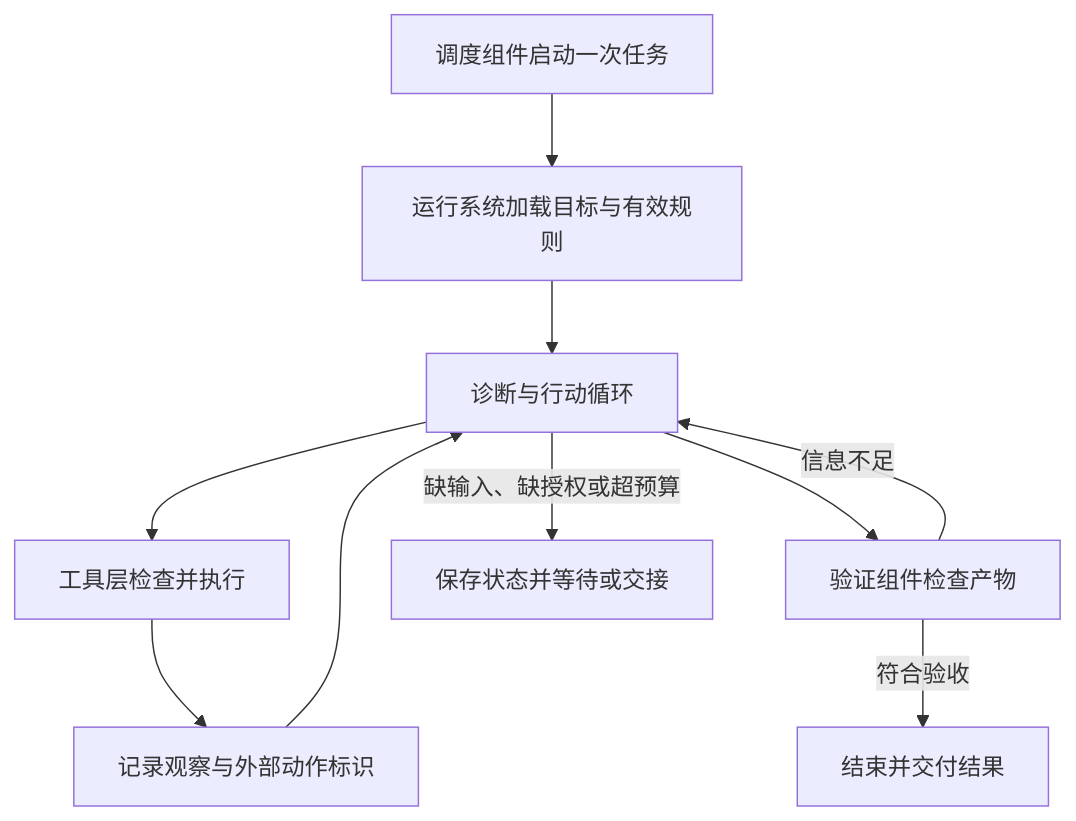
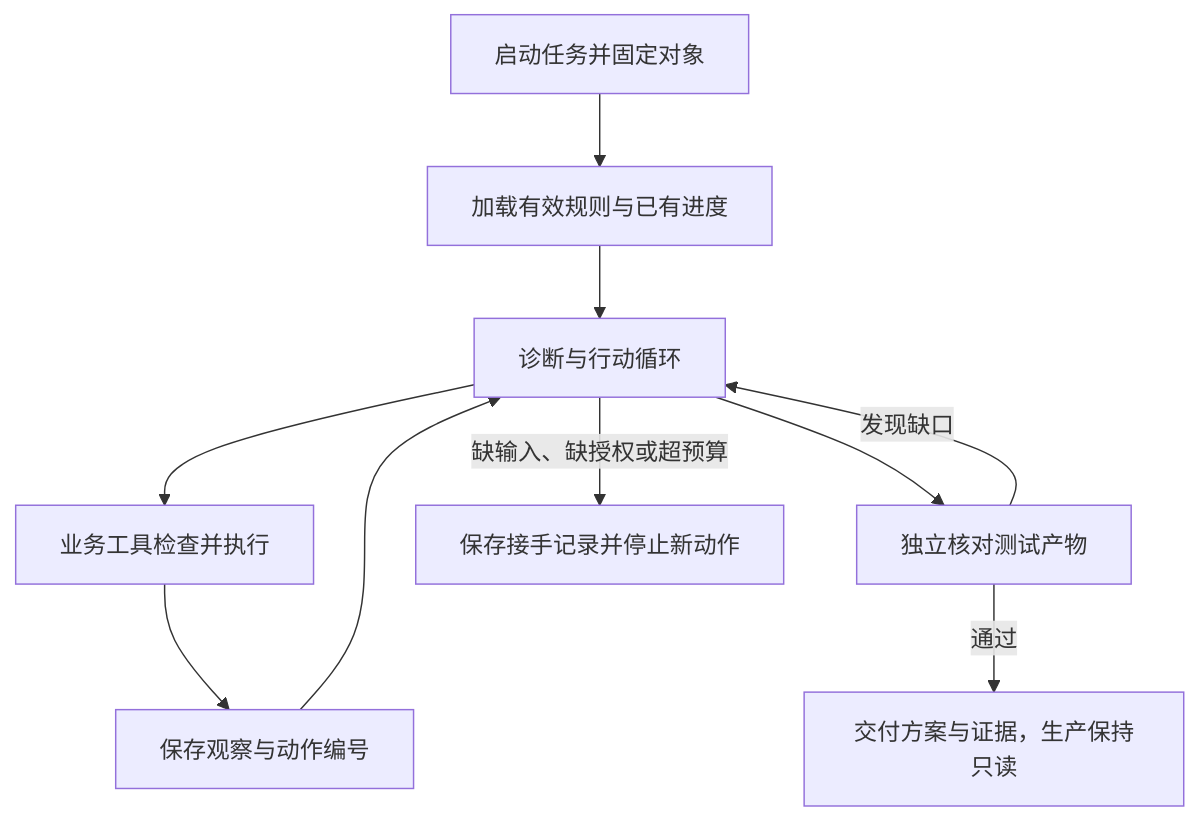
One commit to Mar-garet/agent-book changed the diagram in book/11-design-and-experiments.md. Above: the diagram before and after it, drawn with Mermaid. The commit also changed other lines of this file and 27 other files, not shown here.

````diff
--- a/book/11-design-and-experiments.md
+++ b/book/11-design-and-experiments.md
@@ -23,12 +28,13 @@
 ```mermaid
+%% R42 从继续调查到交付，需要保住哪些边界
 flowchart TD
-    T[调度组件启动一次任务] --> R[运行系统加载目标与有效规则]
+    T[启动任务并固定对象] --> R[加载有效规则与已有进度]
     R --> D[诊断与行动循环]
-    D --> P[工具层检查并执行]
-    P --> O[记录观察与外部动作标识]
+    D --> P[业务工具检查并执行]
+    P --> O[保存观察与动作编号]
     O --> D
-    D --> V[验证组件检查产物]
-    V -->|符合验收| F[结束并交付结果]
-    V -->|信息不足| D
-    D -->|缺输入、缺授权或超预算| W[保存状态并等待或交接]
+    D --> V[独立核对测试产物]
+    V -->|通过| F[交付方案与证据，生产保持只读]
+    V -->|发现缺口| D
+    D -->|缺输入、缺授权或超预算| W[保存接手记录并停止新动作]
 ```
````
